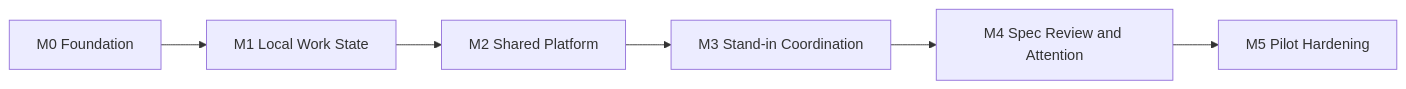
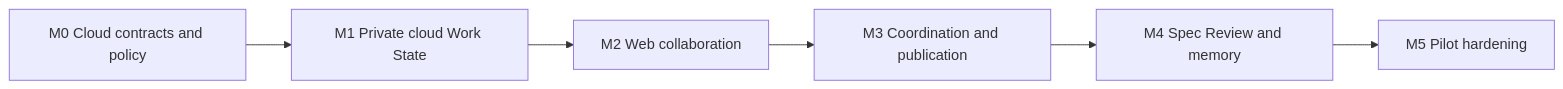
Before and after one commit to WatsonHS/intero: the diagram in docs/plans/2026-07-24-intero-mvp-implementation-plan.md, drawn with Mermaid. The commit also changed other lines of this file and 13 other files, not shown here.

````diff
--- a/docs/plans/2026-07-24-intero-mvp-implementation-plan.md
+++ b/docs/plans/2026-07-24-intero-mvp-implementation-plan.md
@@ -62,8 +78,8 @@
 ```mermaid
 flowchart LR
-    M0["M0 Foundation"] --> M1["M1 Local Work State"]
-    M1 --> M2["M2 Shared Platform"]
-    M2 --> M3["M3 Stand-in Coordination"]
-    M3 --> M4["M4 Spec Review and Attention"]
-    M4 --> M5["M5 Pilot Hardening"]
+    M0["M0 Cloud contracts and policy"] --> M1["M1 Private cloud Work State"]
+    M1 --> M2["M2 Web collaboration"]
+    M2 --> M3["M3 Coordination and publication"]
+    M3 --> M4["M4 Spec Review and memory"]
+    M4 --> M5["M5 Pilot hardening"]
 ```
````
